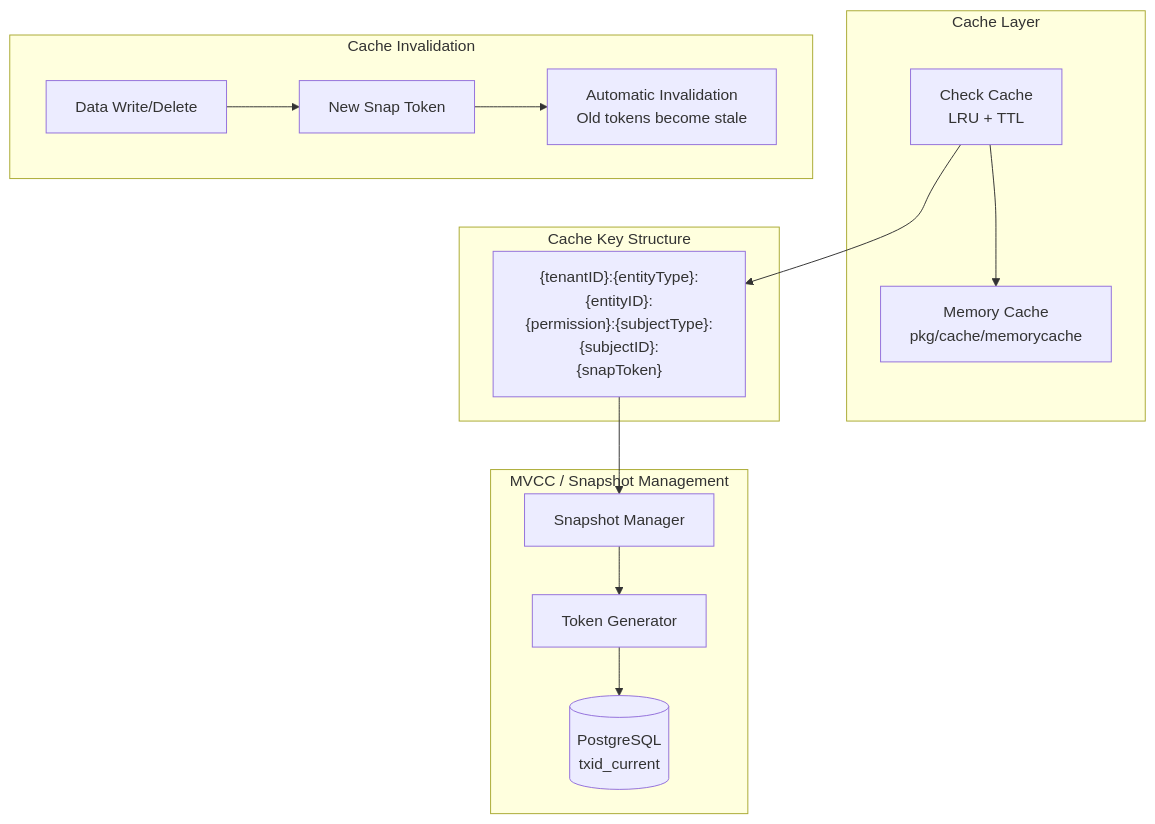
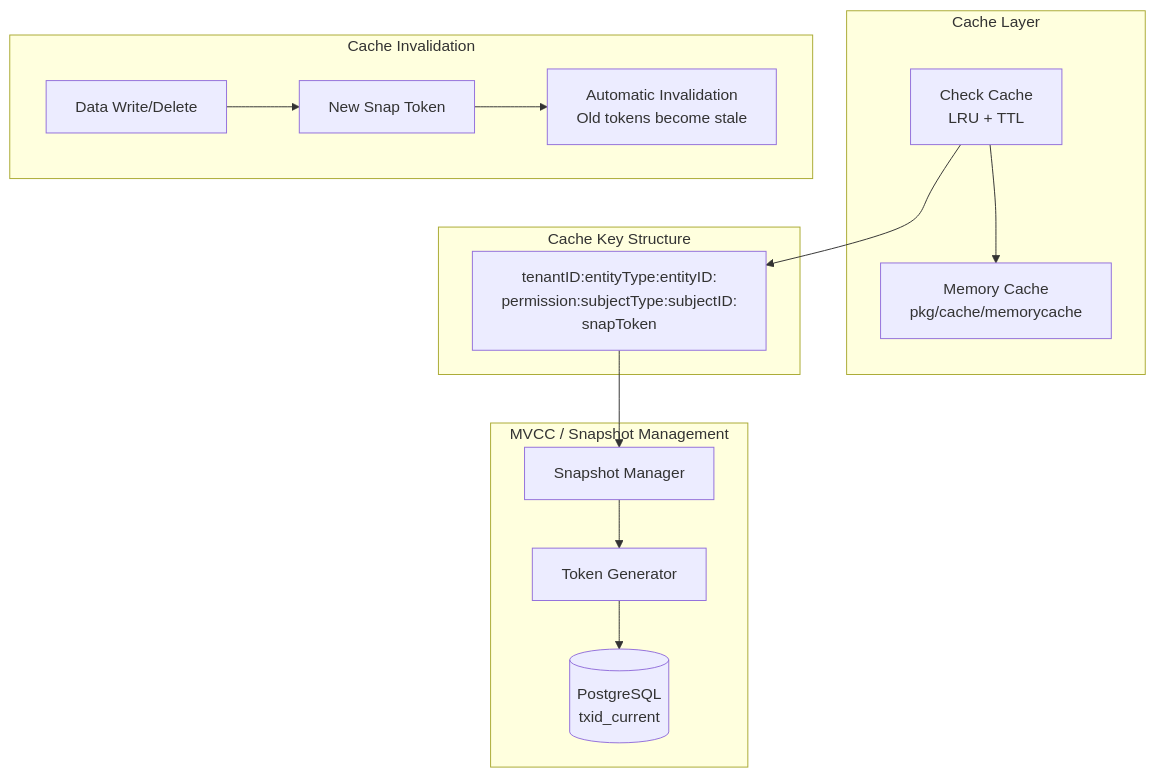
Before and after one commit to asakaida/keruberosu: the fifth of 15 diagrams in docs/ARCHITECTURE.md, drawn with Mermaid. The commit also changed other lines of this file and 3 other files, not shown here.

````diff
--- a/docs/ARCHITECTURE.md
+++ b/docs/ARCHITECTURE.md
@@ -241,32 +271,32 @@
 ```mermaid
 graph TB
     subgraph "Cache Layer"
         CheckCache[Check Cache<br/>LRU + TTL]
         MemoryCache[Memory Cache<br/>pkg/cache/memorycache]
     end
 
     subgraph "Cache Key Structure"
-        Key["{tenantID}:{entityType}:{entityID}:<br/>{permission}:{subjectType}:{subjectID}:<br/>{snapToken}"]
+        Key[tenantID:entityType:entityID:<br/>permission:subjectType:subjectID:<br/>snapToken]
     end
 
     subgraph "MVCC / Snapshot Management"
         SnapshotMgr[Snapshot Manager]
         TokenGen[Token Generator]
         DB[(PostgreSQL<br/>txid_current)]
     end
 
     CheckCache --> MemoryCache
     CheckCache --> Key
     Key --> SnapshotMgr
     SnapshotMgr --> TokenGen
     TokenGen --> DB
 
     subgraph "Cache Invalidation"
         WriteOp[Data Write/Delete]
         NewToken[New Snap Token]
         AutoInvalidate[Automatic Invalidation<br/>Old tokens become stale]
     end
 
     WriteOp --> NewToken
     NewToken --> AutoInvalidate
 ```
````
